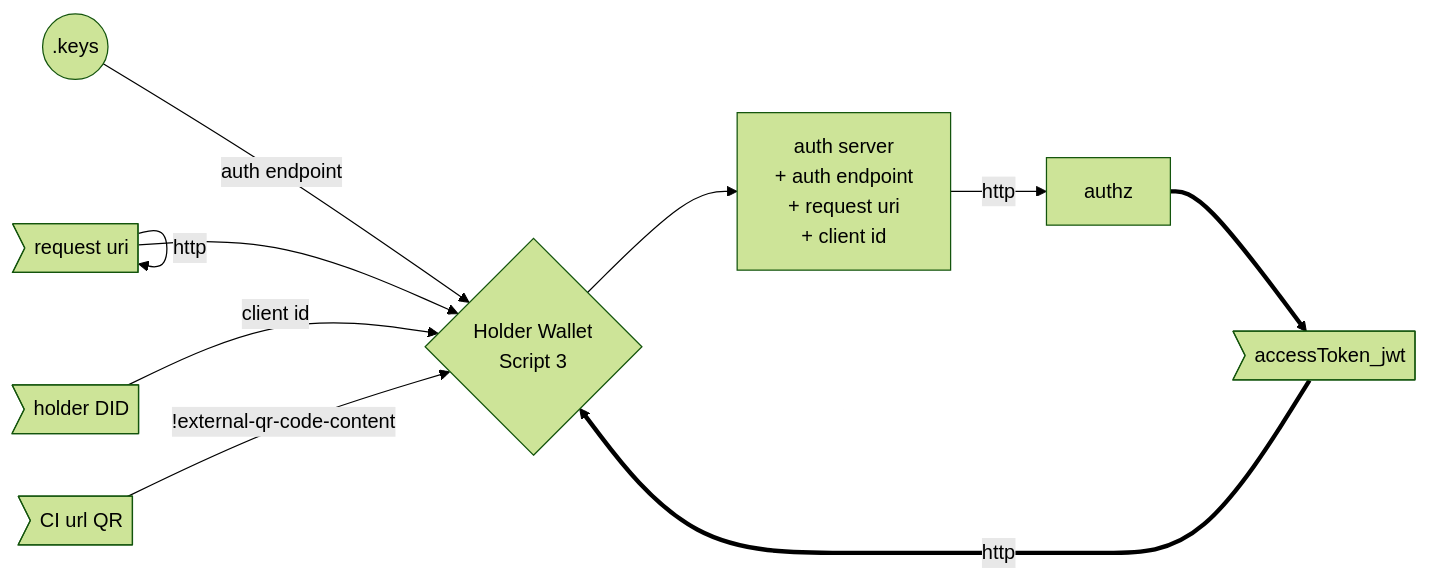
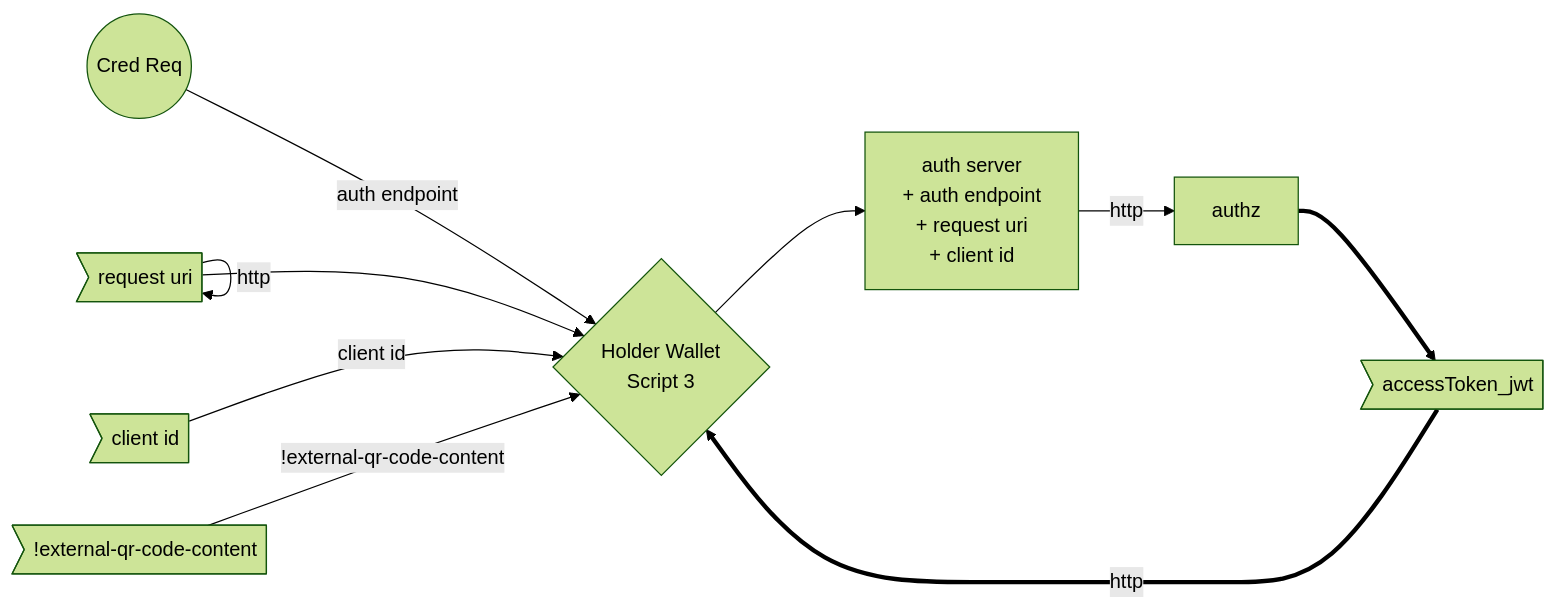
Before and after one commit to ForkbombEu/mobile_zencode: the third of 4 diagrams in wallet/auth-flow.md, drawn with Mermaid (forest theme). The commit also changed other lines of this file, not shown here.

Commit message:
group static settings in req spec

````diff
--- a/wallet/auth-flow.md
+++ b/wallet/auth-flow.md
@@ -51,11 +51,11 @@
 ```mermaid
 flowchart LR
-    keys((.keys)) -->|auth endpoint| W
+    R((Cred Req)) -->|auth endpoint| W
     requri -->|http| requri
     requri>request uri] --> W
-    D>holder DID] -->|client id| W
+    id>client id] -->|client id| W
+    qr>!external-qr-code-content] -->|!external-qr-code-content| W
     W{Holder Wallet\nScript 3}
-    A>CI url QR] -->|!external-qr-code-content| W
     W --> req[auth server\n + auth endpoint\n + request uri\n + client id] -->|http| authz
     authz ==> tok>accessToken_jwt] ==>|http| W
 ```
````
